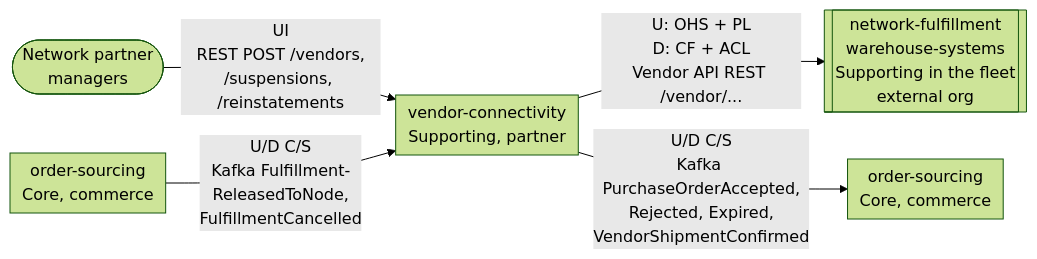
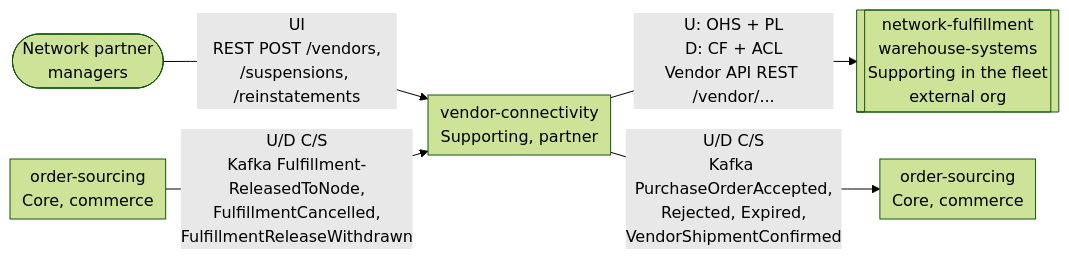
Before and after one commit to IQVO/vendor-connectivity: the first of 2 diagrams in docs/docs/ddd/context-map.md, drawn with Mermaid (forest theme). The commit also changed other lines of this file and 10 other files, not shown here.

Commit message:
docs(spec): FulfillmentReleaseWithdrawn consumed contract, catalogue and docs (ADR 0013)

````diff
--- a/docs/docs/ddd/context-map.md
+++ b/docs/docs/ddd/context-map.md
@@ -20,13 +20,13 @@
 ```mermaid
 %%{init: {"flowchart": {"nodeSpacing": 14, "rankSpacing": 30, "padding": 6}}}%%
 flowchart LR
     PM(["Network partner<br/>managers"])
     OS1["order-sourcing<br/>Core, commerce"]
     VC["vendor-connectivity<br/>Supporting, partner"]
     NF[["network-fulfillment<br/>warehouse-systems<br/>Supporting in the fleet<br/>external org"]]
     OS2["order-sourcing<br/>Core, commerce"]
     PM -->|"UI<br/>REST POST /vendors,<br/>/suspensions, /reinstatements"| VC
-    OS1 -->|"U/D C/S<br/>Kafka Fulfillment-<br/>ReleasedToNode,<br/>FulfillmentCancelled"| VC
+    OS1 -->|"U/D C/S<br/>Kafka Fulfillment-<br/>ReleasedToNode,<br/>FulfillmentCancelled,<br/>FulfillmentReleaseWithdrawn"| VC
     VC -->|"U: OHS + PL<br/>D: CF + ACL<br/>Vendor API REST /vendor/..."| NF
     VC -->|"U/D C/S<br/>Kafka PurchaseOrderAccepted,<br/>Rejected, Expired,<br/>VendorShipmentConfirmed"| OS2
 ```
````
